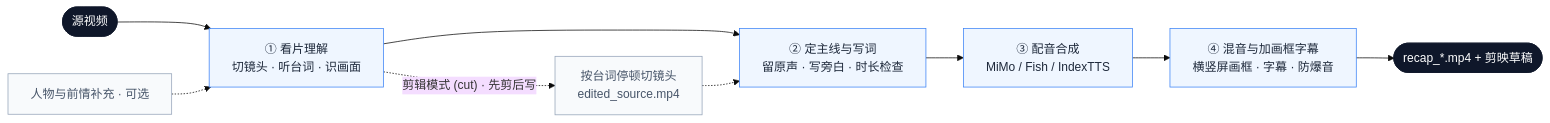
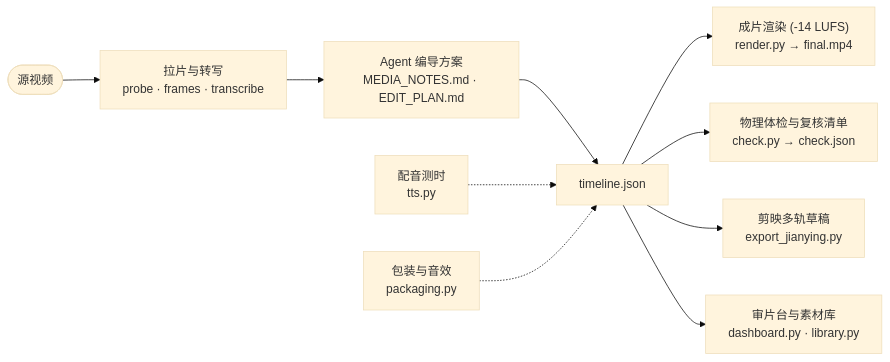
One commit to zqf20096327/ai_collect changed the diagram in data/readmes/zenstory-ai__video-recap-skills.md. Above: the diagram before and after it, drawn with Mermaid (base theme). The commit also changed other lines of this file and 1623 other files, not shown here.

````diff
--- a/data/readmes/zenstory-ai__video-recap-skills.md
+++ b/data/readmes/zenstory-ai__video-recap-skills.md
@@ -167,16 +72,12 @@
 ```mermaid
 flowchart LR
-    video(["源视频"]) --> understand["① 看片理解<br/>切镜头 · 听台词 · 识画面"]
-    research["人物与前情补充 · 可选"] -.-> understand
-    understand --> plan["② 定主线与写词<br/>留原声 · 写旁白 · 时长检查"]
-    understand -. "剪辑模式 (cut) · 先剪后写" .-> cut["按台词停顿切镜头<br/>edited_source.mp4"] -.-> plan
-    plan --> voiceover["③ 配音合成<br/>MiMo / Fish / IndexTTS"]
-    voiceover --> assemble["④ 混音与加画框字幕<br/>横竖屏画框 · 字幕 · 防爆音"]
-    assemble --> output(["recap_*.mp4 + 剪映草稿"])
-    classDef io fill:#0f172a,stroke:#0f172a,color:#fff;
-    classDef stage fill:#eff6ff,stroke:#3b82f6,color:#1e293b;
-    classDef opt fill:#f8fafc,stroke:#94a3b8,color:#475569;
-    class video,output io;
-    class understand,plan,voiceover,assemble stage;
-    class research,cut opt;
+    src(["源视频"]) --> inspect["拉片与转写<br/>probe · frames · transcribe"]
+    inspect --> plan["Agent 编导方案<br/>MEDIA_NOTES.md · EDIT_PLAN.md"]
+    plan --> tl["timeline.json"]
+    tts["配音测时<br/>tts.py"] -.-> tl
+    pkg["包装与音效<br/>packaging.py"] -.-> tl
+    tl --> render["成片渲染 (-14 LUFS)<br/>render.py → final.mp4"]
+    tl --> check["物理体检与复核清单<br/>check.py → check.json"]
+    tl --> jy["剪映多轨草稿<br/>export_jianying.py"]
+    tl --> dash["审片台与素材库<br/>dashboard.py · library.py"]
 ```
````
